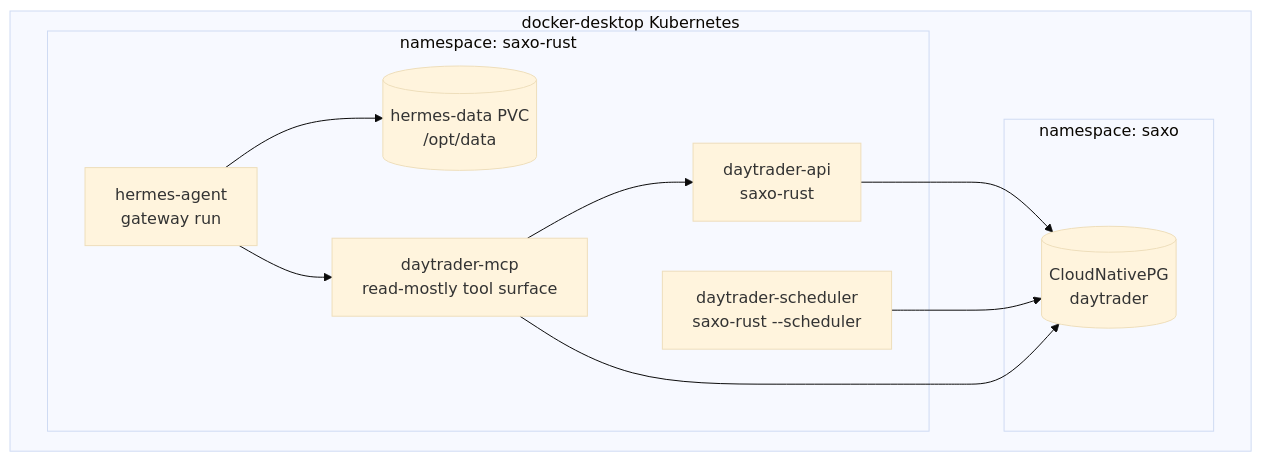
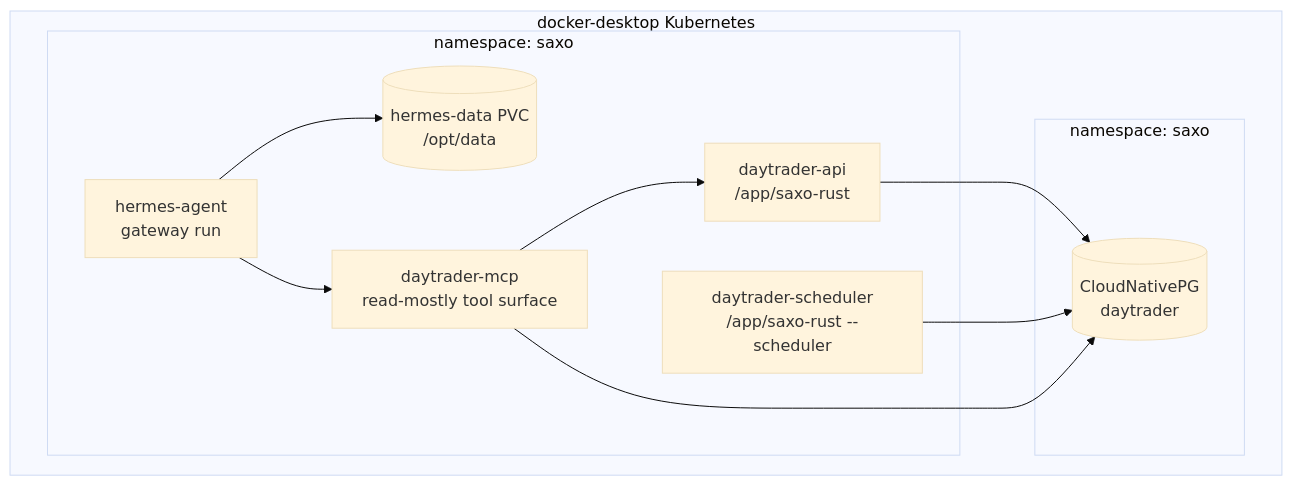
One commit to simonellefsen/saxo-daytrader-rust changed the second of 4 diagrams in docs/hermes-agent.md. Above: the diagram before and after it, drawn with Mermaid (base theme). The commit also changed other lines of this file and 46 other files, not shown here.

````diff
--- a/docs/hermes-agent.md
+++ b/docs/hermes-agent.md
@@ -114,23 +114,23 @@
 ```mermaid
 flowchart TB
   subgraph K["docker-desktop Kubernetes"]
-    subgraph NS["namespace: saxo-rust"]
-      API["daytrader-api\nsaxo-rust"]
-      SCH["daytrader-scheduler\nsaxo-rust --scheduler"]
+    subgraph NS["namespace: saxo"]
+      API["daytrader-api\n/app/saxo-rust"]
+      SCH["daytrader-scheduler\n/app/saxo-rust --scheduler"]
       H["hermes-agent\ngateway run"]
       MCP["daytrader-mcp\nread-mostly tool surface"]
       HPVC[("hermes-data PVC\n/opt/data")]
     end
 
     subgraph DBNS["namespace: saxo"]
       PG[("CloudNativePG\ndaytrader")]
     end
   end
 
   API --> PG
   SCH --> PG
   H --> HPVC
   H --> MCP
   MCP --> API
   MCP --> PG
 ```
````
